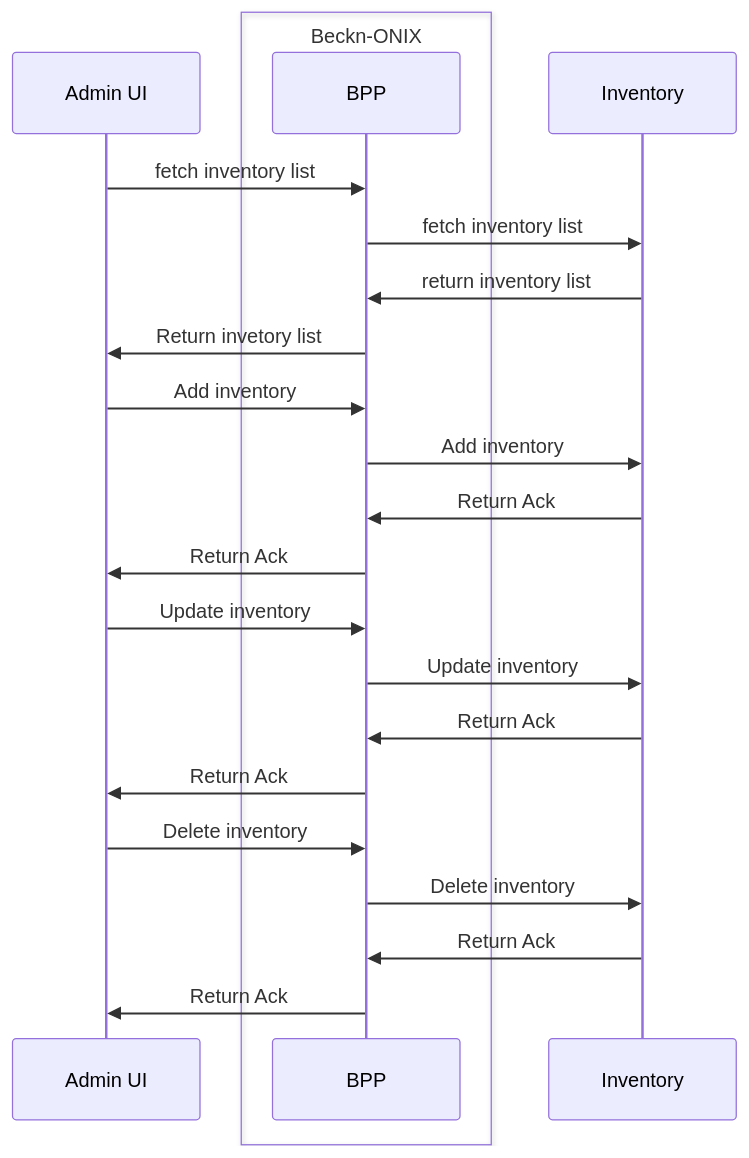
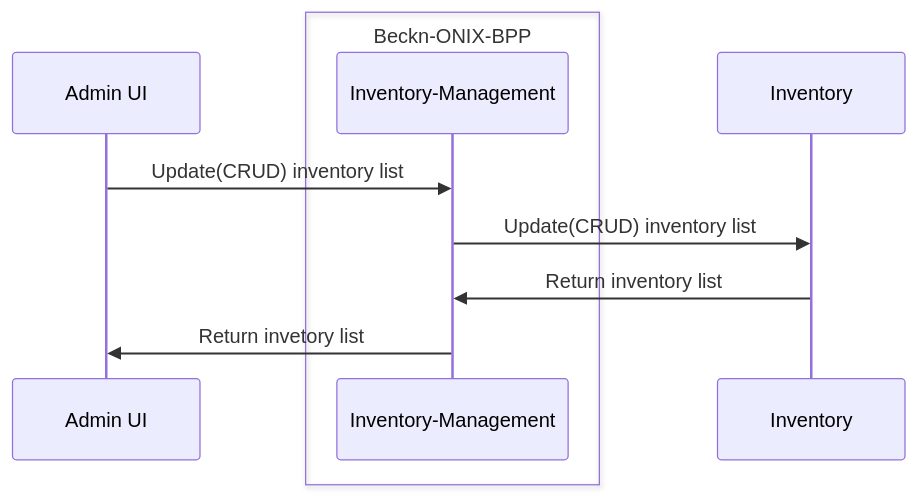
One commit to rajaneeshk90/gitbook-exp changed the third of 17 diagrams in README.md. Above: the diagram before and after it, drawn with Mermaid. The commit also changed other lines of this file, not shown here.

````diff
--- a/README.md
+++ b/README.md
@@ -90,23 +89,11 @@
 ```mermaid
 sequenceDiagram
     participant Admin UI
-    box Beckn-ONIX
-    participant BPP
+    box Beckn-ONIX-BPP
+    participant Inventory-Management
     end
-    Admin UI->> BPP: fetch inventory list
-    BPP ->> Inventory: fetch inventory list
-    Inventory ->> BPP: return inventory list
-    BPP ->> Admin UI:Return invetory list
-    Admin UI->> BPP: Add inventory
-    BPP ->> Inventory: Add inventory
-    Inventory ->> BPP: Return Ack
-    BPP ->> Admin UI:Return Ack
-    Admin UI->> BPP: Update inventory
-    BPP ->> Inventory: Update inventory
-    Inventory ->> BPP: Return Ack
-    BPP ->> Admin UI:Return Ack
-    Admin UI->> BPP: Delete inventory
-    BPP ->> Inventory: Delete inventory
-    Inventory ->> BPP: Return Ack
-    BPP ->> Admin UI:Return Ack
+    Admin UI->> Inventory-Management: Update(CRUD) inventory list
+    Inventory-Management ->> Inventory: Update(CRUD) inventory list
+    Inventory ->> Inventory-Management: Return inventory list
+    Inventory-Management ->> Admin UI: Return invetory list
 ```
````
